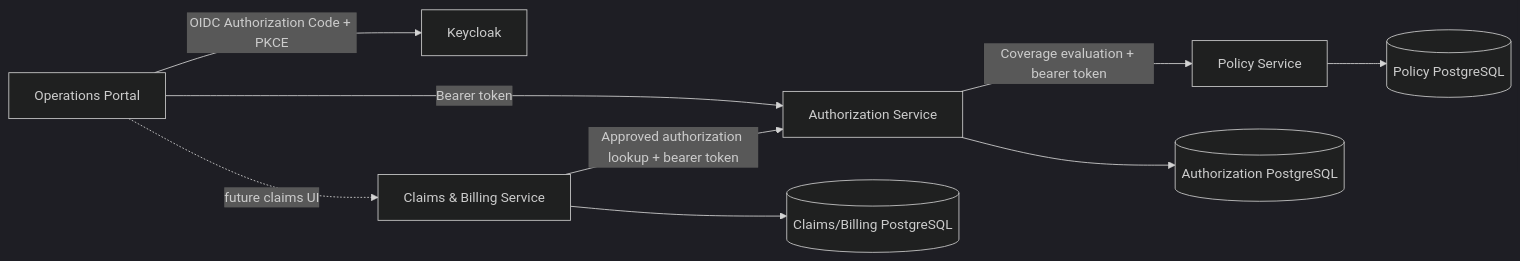
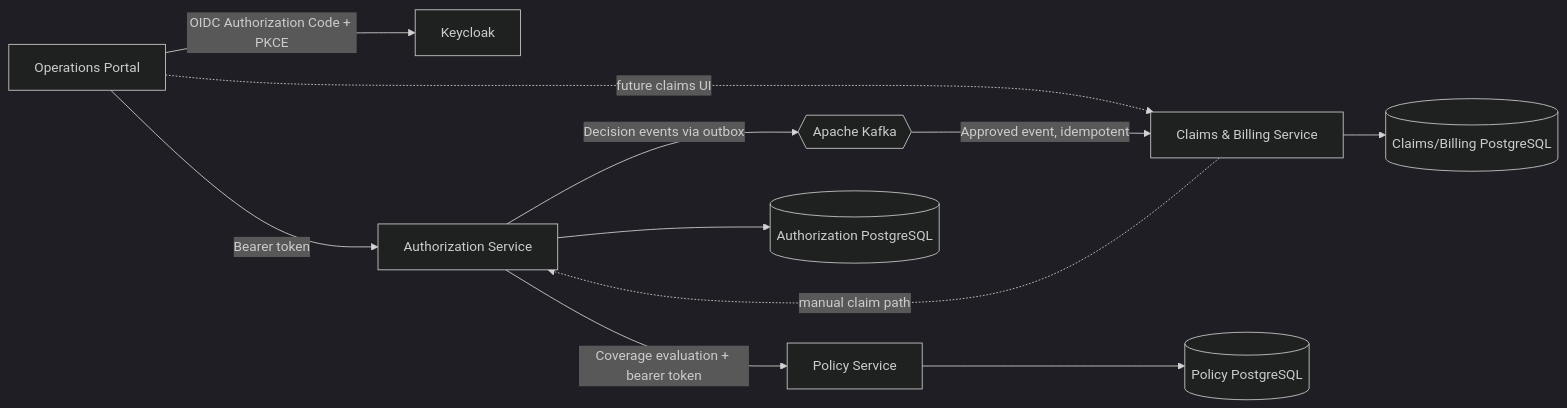
Before and after one commit to aydindemir1/health-insurance-platform: the diagram in docs/project-technical-walkthrough.md, drawn with Mermaid (dark theme). The commit also changed other lines of this file and 12 other files, not shown here.

````diff
--- a/docs/project-technical-walkthrough.md
+++ b/docs/project-technical-walkthrough.md
@@ -101,11 +114,13 @@
 ```mermaid
 flowchart LR
     Browser[Operations Portal] -->|OIDC Authorization Code + PKCE| KC[Keycloak]
     Browser -->|Bearer token| Auth[Authorization Service]
     Auth -->|Coverage evaluation + bearer token| Policy[Policy Service]
+    Auth -->|Decision events via outbox| Kafka{{Apache Kafka}}
     Browser -. future claims UI .-> Claims[Claims & Billing Service]
-    Claims -->|Approved authorization lookup + bearer token| Auth
+    Kafka -->|Approved event, idempotent| Claims
+    Claims -. manual claim path .-> Auth
     Auth --> AuthDB[(Authorization PostgreSQL)]
     Policy --> PolicyDB[(Policy PostgreSQL)]
     Claims --> ClaimsDB[(Claims/Billing PostgreSQL)]
 ```
````
